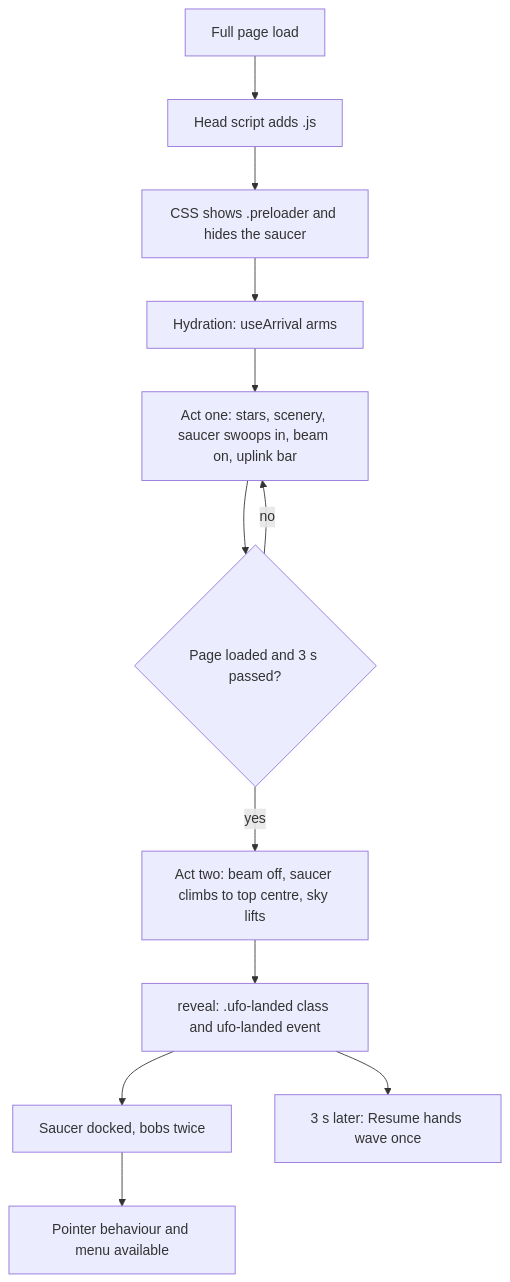
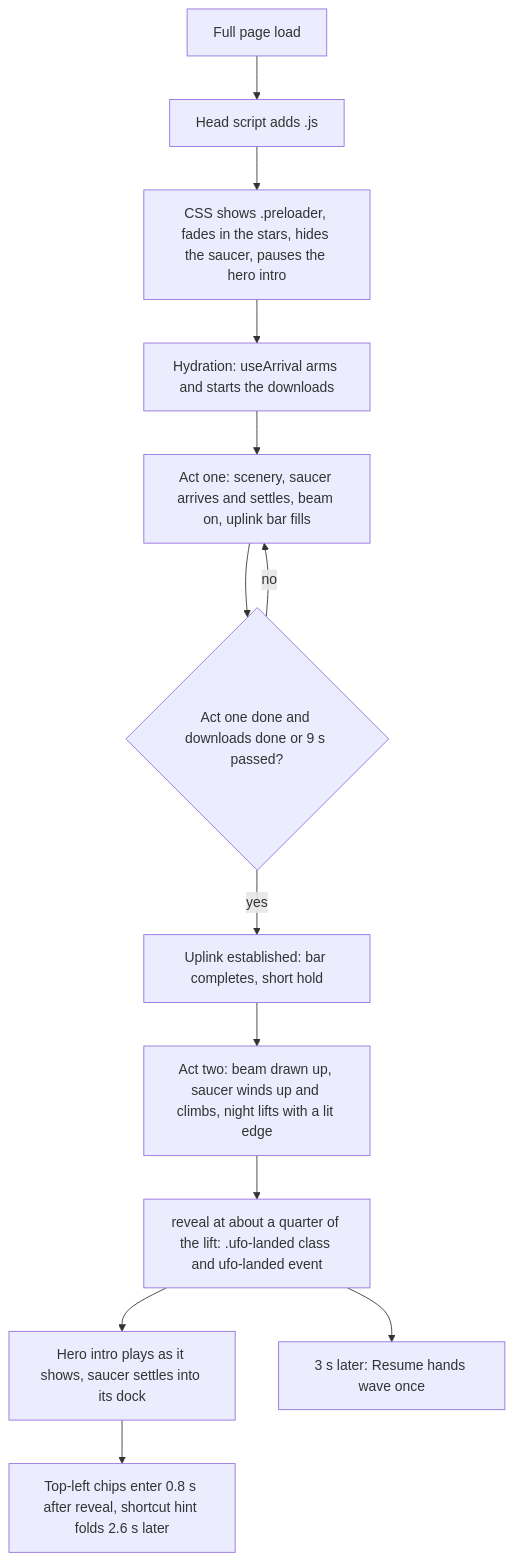
Before and after one commit to upayanmazumder/upayan.dev: the first of 2 diagrams in app/docs/ufo.md, drawn with Mermaid. The commit also changed other lines of this file and 32 other files, not shown here.

First line of the commit message:
feat(nav): polish preloader, hologram menu, and phone menu

````diff
--- a/app/docs/ufo.md
+++ b/app/docs/ufo.md
@@ -24,14 +28,15 @@
 ```mermaid
 flowchart TD
   A[Full page load] --> B[Head script adds .js]
-  B --> C[CSS shows .preloader and hides the saucer]
-  C --> D[Hydration: useArrival arms]
-  D --> E[Act one: stars, scenery, saucer swoops in, beam on, uplink bar]
-  E --> F{Page loaded and 3 s passed?}
+  B --> C[CSS shows .preloader, fades in the stars, hides the saucer, pauses the hero intro]
+  C --> D[Hydration: useArrival arms and starts the downloads]
+  D --> E[Act one: scenery, saucer arrives and settles, beam on, uplink bar fills]
+  E --> F{Act one done and downloads done or 9 s passed?}
   F -- no --> E
-  F -- yes --> G[Act two: beam off, saucer climbs to top centre, sky lifts]
-  G --> H[reveal: .ufo-landed class and ufo-landed event]
-  H --> I[Saucer docked, bobs twice]
-  I --> J[Pointer behaviour and menu available]
-  H --> K[3 s later: Resume hands wave once]
+  F -- yes --> G[Uplink established: bar completes, short hold]
+  G --> H[Act two: beam drawn up, saucer winds up and climbs, night lifts with a lit edge]
+  H --> I[reveal at about a quarter of the lift: .ufo-landed class and ufo-landed event]
+  I --> J[Hero intro plays as it shows, saucer settles into its dock]
+  J --> K[Top-left chips enter 0.8 s after reveal, shortcut hint folds 2.6 s later]
+  I --> L[3 s later: Resume hands wave once]
 ```
````
